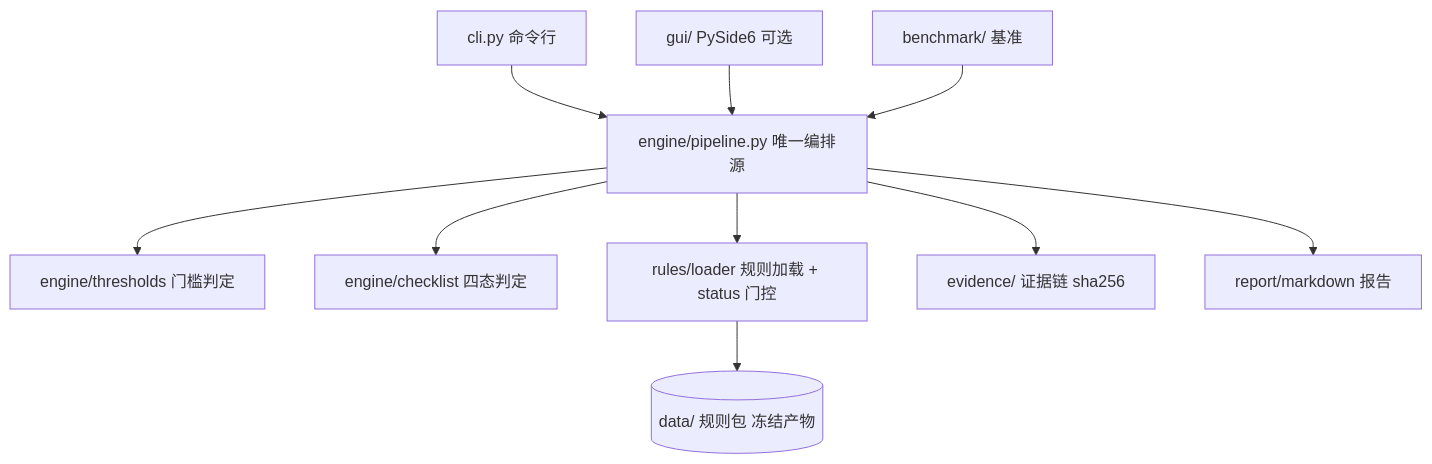
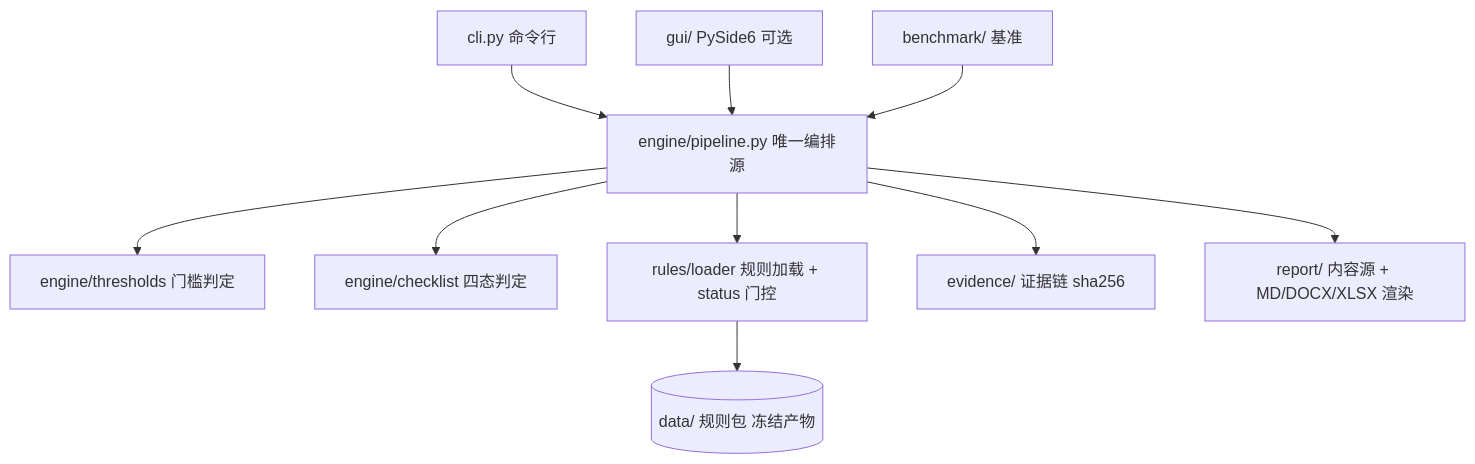
The diagram in README.md (yuluo554/pipl-compliance-audit-workbench), drawn with Mermaid before and after one commit. The commit also changed other lines of this file and 95 other files, not shown here.

````diff
--- a/README.md
+++ b/README.md
@@ -29,12 +32,12 @@
 ```mermaid
 flowchart TD
     CLI[cli.py 命令行] --> PIPE[engine/pipeline.py 唯一编排源]
     GUI[gui/ PySide6 可选] --> PIPE
     PIPE --> THR[engine/thresholds 门槛判定]
     PIPE --> CHK[engine/checklist 四态判定]
     PIPE --> RULES[rules/loader 规则加载 + status 门控]
     PIPE --> EV[evidence/ 证据链 sha256]
-    PIPE --> REP[report/markdown 报告]
+    PIPE --> REP[report/ 内容源 + MD/DOCX/XLSX 渲染]
     RULES --> DATA[(data/ 规则包 冻结产物)]
     BENCH[benchmark/ 基准] --> PIPE
 ```
````
